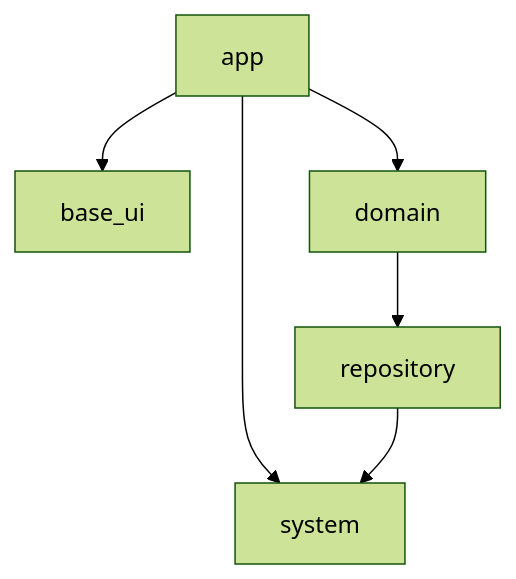
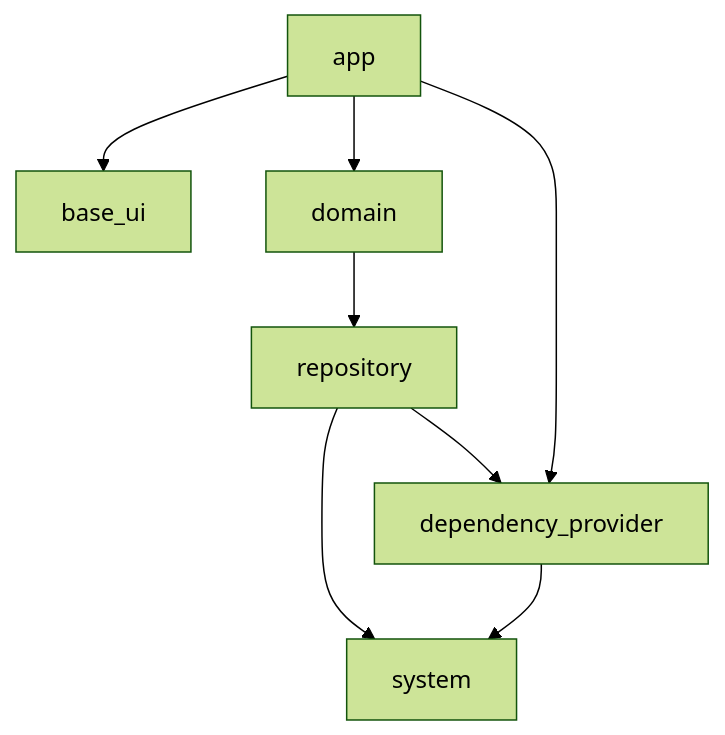
Before and after one commit to kosukesaigusa/zenn-content: the diagram in articles/omiai-flutter-architecture.md, drawn with Mermaid (forest theme). The commit also changed other lines of this file, not shown here.

Commit message:
docs:  update omiai-flutter-architecture

````diff
--- a/articles/omiai-flutter-architecture.md
+++ b/articles/omiai-flutter-architecture.md
@@ -91,8 +92,10 @@
 ```mermaid
 graph TD
     A[app] --> B[base_ui]
     A --> C[domain]
-    A --> D[system]
+    A --> G[dependency_provider]
     C --> F[repository]
-    F --> D
+    F --> D[system]
+    F --> G
+    G --> D
 ```
````
